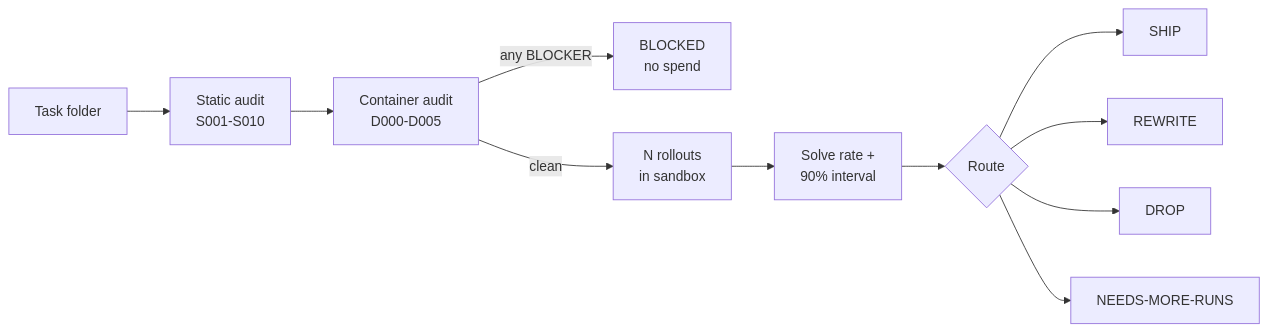
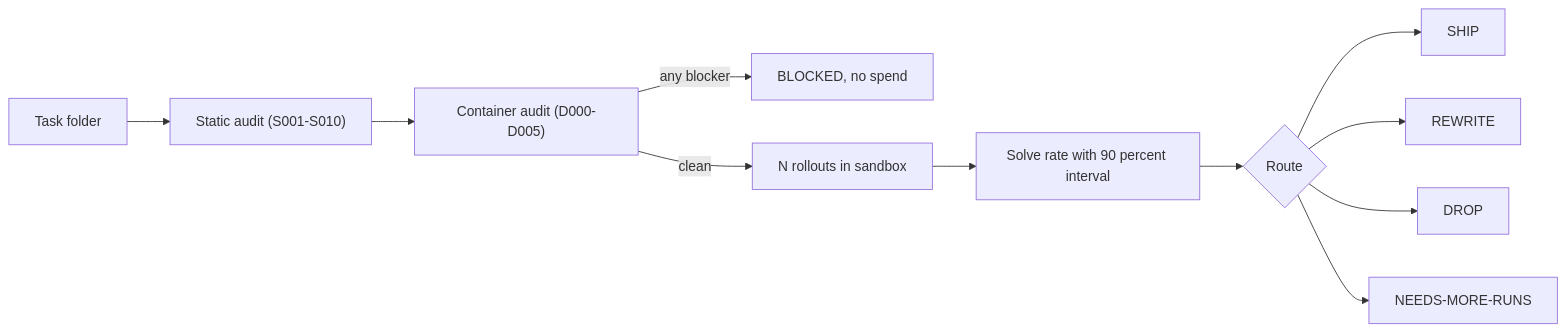
The diagram in README.md (Mehak3010/TaskGate), drawn with Mermaid before and after one commit.

````diff
--- a/README.md
+++ b/README.md
@@ -53,13 +53,13 @@
 ```mermaid
 flowchart LR
-    A[Task folder] --> B[Static audit<br/>S001-S010]
-    B --> C[Container audit<br/>D000-D005]
-    C -->|any BLOCKER| X[BLOCKED<br/>no spend]
-    C -->|clean| D[N rollouts<br/>in sandbox]
-    D --> E[Solve rate +<br/>90% interval]
-    E --> F{Route}
-    F --> S[SHIP]
-    F --> R[REWRITE]
-    F --> P[DROP]
-    F --> M[NEEDS-MORE-RUNS]
+    A["Task folder"] --> B["Static audit (S001-S010)"]
+    B --> C["Container audit (D000-D005)"]
+    C -->|"any blocker"| X["BLOCKED, no spend"]
+    C -->|"clean"| D["N rollouts in sandbox"]
+    D --> E["Solve rate with 90 percent interval"]
+    E --> F{"Route"}
+    F --> S["SHIP"]
+    F --> R["REWRITE"]
+    F --> P["DROP"]
+    F --> M["NEEDS-MORE-RUNS"]
 ```
````
